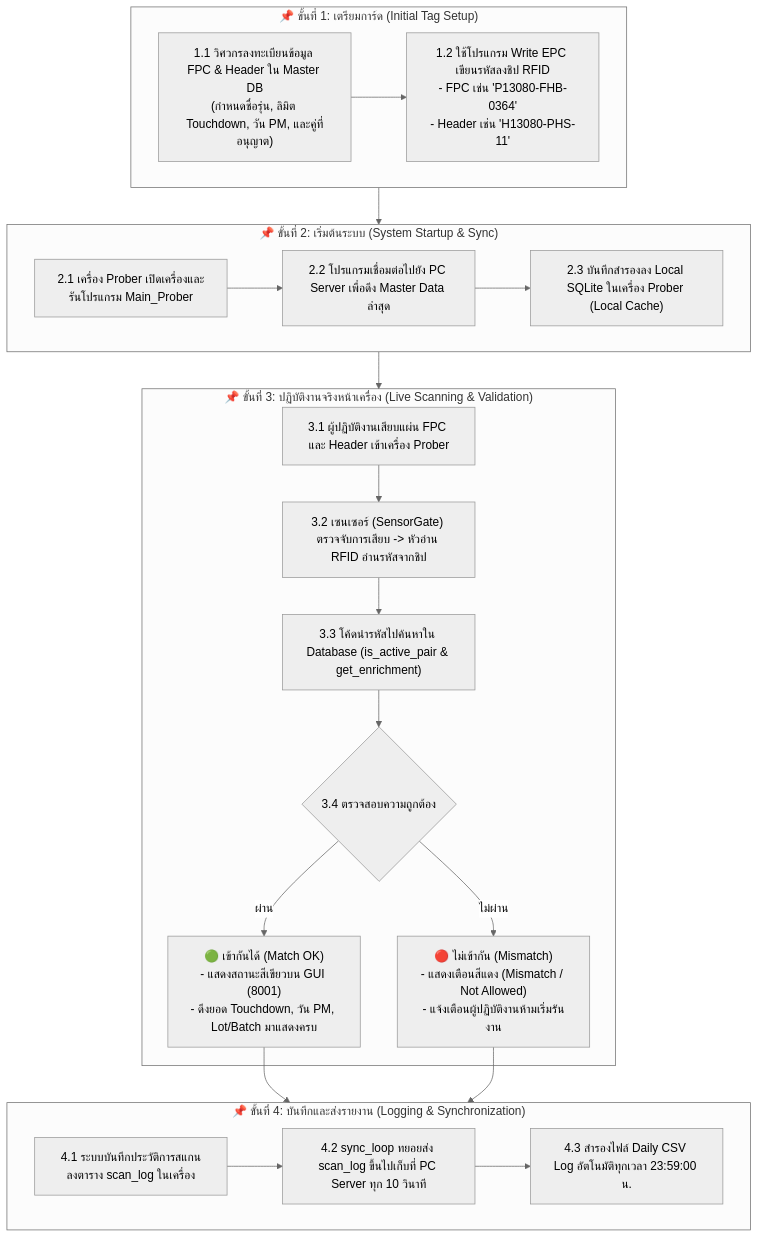
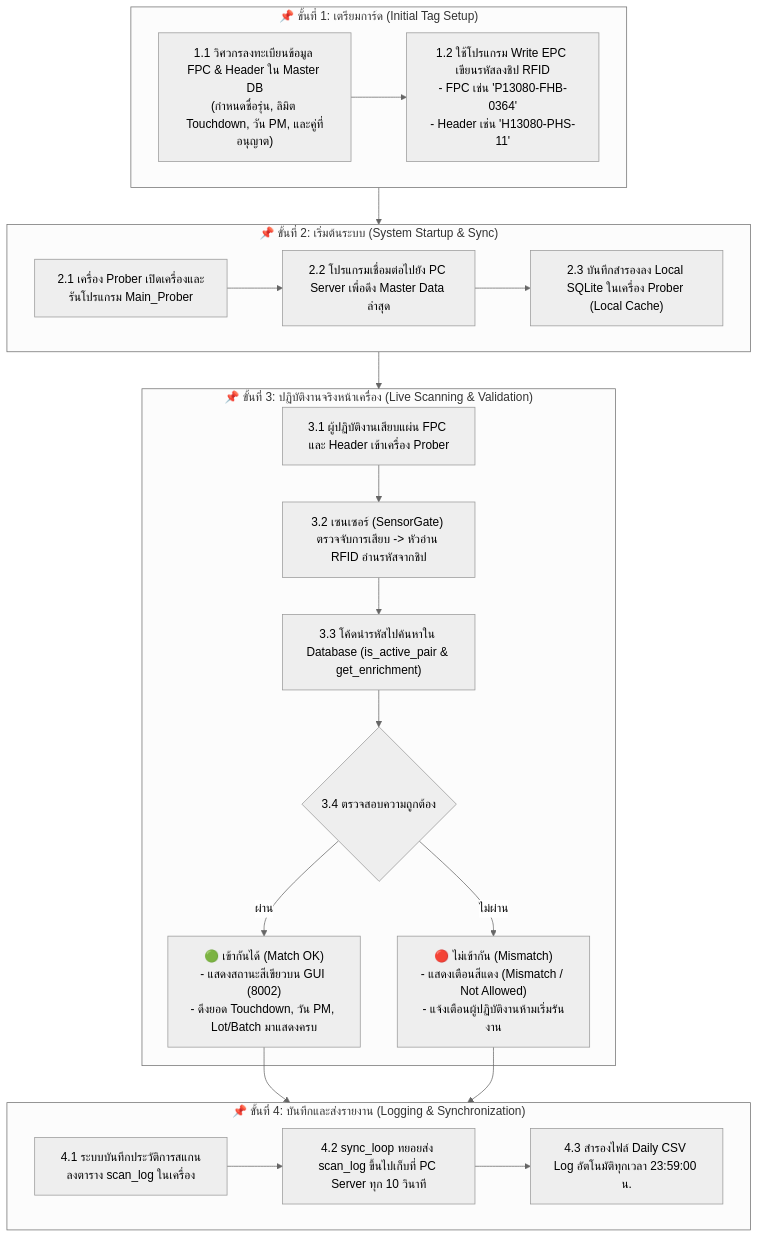
One commit to collinmaliyan/Prober_machine changed the second of 3 diagrams in Flow_data.md. Above: the diagram before and after it, drawn with Mermaid (neutral theme). The commit also changed other lines of this file and 6 other files, not shown here.

````diff
--- a/Flow_data.md
+++ b/Flow_data.md
@@ -52,40 +52,40 @@
 ```mermaid
 flowchart TD
     subgraph Step1 ["📌 ขั้นที่ 1: เตรียมการ์ด (Initial Tag Setup)"]
         A1["1.1 วิศวกรลงทะเบียนข้อมูล FPC & Header ใน Master DB<br/>(กำหนดชื่อรุ่น, ลิมิต Touchdown, วัน PM, และคู่ที่อนุญาต)"]
         A2["1.2 ใช้โปรแกรม Write EPC เขียนรหัสลงชิป RFID<br/>- FPC เช่น 'P13080-FHB-0364'<br/>- Header เช่น 'H13080-PHS-11'"]
         A1 --> A2
     end
 
     subgraph Step2 ["📌 ขั้นที่ 2: เริ่มต้นระบบ (System Startup & Sync)"]
         B1["2.1 เครื่อง Prober เปิดเครื่องและรันโปรแกรม Main_Prober"]
         B2["2.2 โปรแกรมเชื่อมต่อไปยัง PC Server เพื่อดึง Master Data ล่าสุด"]
         B3["2.3 บันทึกสำรองลง Local SQLite ในเครื่อง Prober (Local Cache)"]
         B1 --> B2 --> B3
     end
 
     subgraph Step3 ["📌 ขั้นที่ 3: ปฏิบัติงานจริงหน้าเครื่อง (Live Scanning & Validation)"]
         C1["3.1 ผู้ปฏิบัติงานเสียบแผ่น FPC และ Header เข้าเครื่อง Prober"]
         C2["3.2 เซนเซอร์ (SensorGate) ตรวจจับการเสียบ -> หัวอ่าน RFID อ่านรหัสจากชิป"]
         C3["3.3 โค้ดนำรหัสไปค้นหาใน Database (is_active_pair & get_enrichment)"]
         C4{"3.4 ตรวจสอบความถูกต้อง"}
       
-        D1["🟢 เข้ากันได้ (Match OK)<br/>- แสดงสถานะสีเขียวบน GUI (8001)<br/>- ดึงยอด Touchdown, วัน PM, Lot/Batch มาแสดงครบ"]
+        D1["🟢 เข้ากันได้ (Match OK)<br/>- แสดงสถานะสีเขียวบน GUI (8002)<br/>- ดึงยอด Touchdown, วัน PM, Lot/Batch มาแสดงครบ"]
         D2["🔴 ไม่เข้ากัน (Mismatch)<br/>- แสดงเตือนสีแดง (Mismatch / Not Allowed)<br/>- แจ้งเตือนผู้ปฏิบัติงานห้ามเริ่มรันงาน"]
       
         C1 --> C2 --> C3 --> C4
         C4 -->|ผ่าน| D1
         C4 -->|ไม่ผ่าน| D2
     end
 
     subgraph Step4 ["📌 ขั้นที่ 4: บันทึกและส่งรายงาน (Logging & Synchronization)"]
         E1["4.1 ระบบบันทึกประวัติการสแกนลงตาราง scan_log ในเครื่อง"]
         E2["4.2 sync_loop ทยอยส่ง scan_log ขึ้นไปเก็บที่ PC Server ทุก 10 วินาที"]
         E3["4.3 สำรองไฟล์ Daily CSV Log อัตโนมัติทุกเวลา 23:59:00 น."]
         E1 --> E2 --> E3
     end
 
     Step1 --> Step2 --> Step3
     D1 --> Step4
     D2 --> Step4
 ```
````
